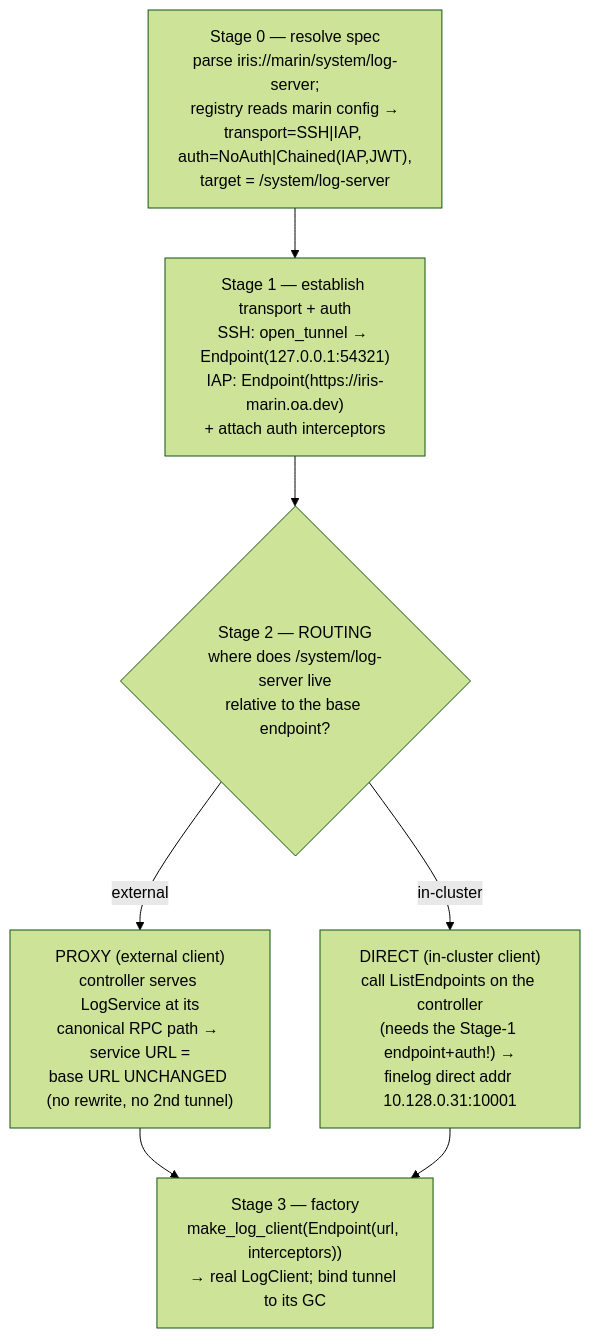
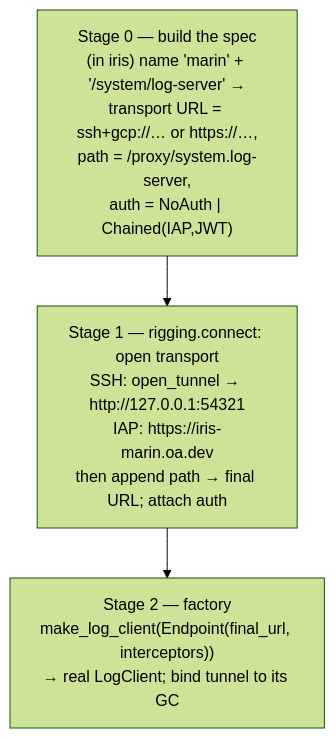
Before and after one commit to marin-community/marin: the second of 3 diagrams in .agents/projects/2026-06-20_rigging_connection_auth.md, drawn with Mermaid (forest theme). The commit also changed other lines of this file, not shown here.

First line of the commit message:
[design] rigging.connect: fix layering — rigging is iris-agnostic, proxy is a URL

````diff
--- a/.agents/projects/2026-06-20_rigging_connection_auth.md
+++ b/.agents/projects/2026-06-20_rigging_connection_auth.md
@@ -394,12 +425,7 @@
 ```mermaid
 flowchart TD
-    S0["Stage 0 — resolve spec<br/>parse iris://marin/system/log-server;<br/>registry reads marin config →<br/>transport=SSH|IAP, auth=NoAuth|Chained(IAP,JWT),<br/>target = /system/log-server"]
-    S1["Stage 1 — establish transport + auth<br/>SSH: open_tunnel → Endpoint(127.0.0.1:54321)<br/>IAP: Endpoint(https://iris-marin.oa.dev)<br/>+ attach auth interceptors"]
-    S2{"Stage 2 — ROUTING<br/>where does /system/log-server live<br/>relative to the base endpoint?"}
-    P["PROXY (external client)<br/>controller serves LogService at its<br/>canonical RPC path → service URL =<br/>base URL UNCHANGED (no rewrite, no 2nd tunnel)"]
-    D["DIRECT (in-cluster client)<br/>call ListEndpoints on the controller<br/>(needs the Stage-1 endpoint+auth!) →<br/>finelog direct addr 10.128.0.31:10001"]
-    S3["Stage 3 — factory<br/>make_log_client(Endpoint(url, interceptors))<br/>→ real LogClient; bind tunnel to its GC"]
+    S0["Stage 0 — build the spec<br/>(in iris) name 'marin' + '/system/log-server' →<br/>transport URL = ssh+gcp://… or https://…,<br/>path = /proxy/system.log-server,<br/>auth = NoAuth | Chained(IAP,JWT)"]
+    S1["Stage 1 — rigging.connect: open transport<br/>SSH: open_tunnel → http://127.0.0.1:54321<br/>IAP: https://iris-marin.oa.dev<br/>then append path → final URL; attach auth"]
+    S2["Stage 2 — factory<br/>make_log_client(Endpoint(final_url, interceptors))<br/>→ real LogClient; bind tunnel to its GC"]
     S0 --> S1 --> S2
-    S2 -->|external| P --> S3
-    S2 -->|in-cluster| D --> S3
 ```
````
